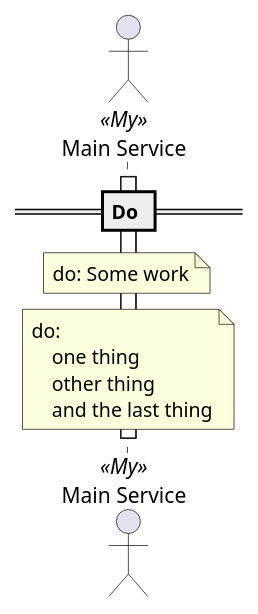
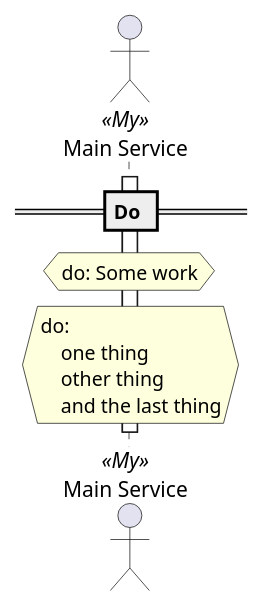
The diagram in docs/tuc/examples/do.puml (TypedUseCase/tuc-console), drawn with PlantUML before and after one commit. The commit also changed 20 other files, not shown here.

```diff
--- a/docs/tuc/examples/do.puml
+++ b/docs/tuc/examples/do.puml
@@ -1,20 +1,20 @@
 @startuml do
 
 == Do ==
 
 actor "Main Service" as MainService <<My>>
 
 activate MainService
-note over MainService
+hnote over MainService
 do: Some work
-end note
-note over MainService
+end hnote
+hnote over MainService
 do:
     one thing
     other thing
     and the last thing
-end note
+end hnote
 
 deactivate MainService
 
 @enduml
```
